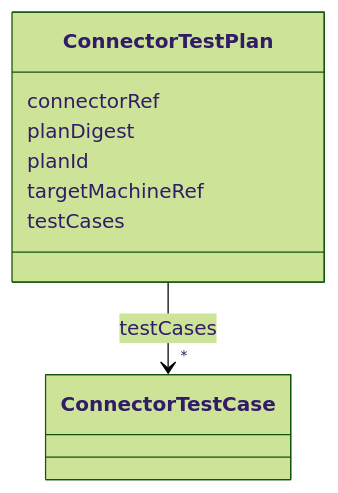
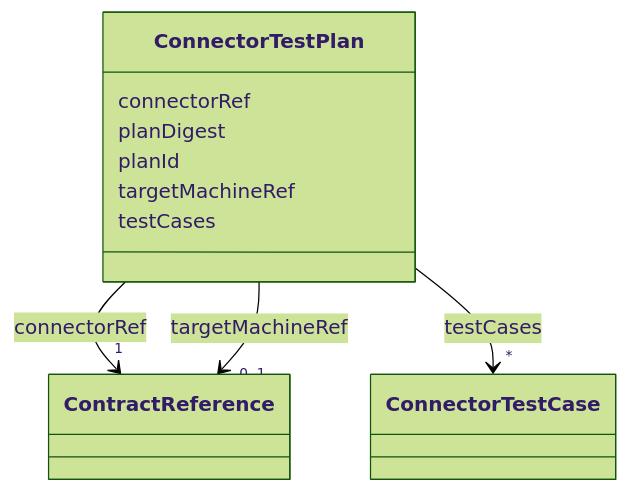
Before and after one commit to open4good/jumo-core: the diagram in metamodel/generated/docs/ConnectorTestPlan.md, drawn with Mermaid (forest theme). The commit also changed other lines of this file and 33 other files, not shown here.

````diff
--- a/metamodel/generated/docs/ConnectorTestPlan.md
+++ b/metamodel/generated/docs/ConnectorTestPlan.md
@@ -23,25 +23,43 @@
 ```mermaid
  classDiagram
     class ConnectorTestPlan
     click ConnectorTestPlan href "../ConnectorTestPlan/"
       ConnectorTestPlan : connectorRef
 
+
+
+
+
+        ConnectorTestPlan --> "1" ContractReference : connectorRef
+        click ContractReference href "../ContractReference/"
+
+
+
       ConnectorTestPlan : planDigest
 
       ConnectorTestPlan : planId
 
       ConnectorTestPlan : targetMachineRef
+
+
+
+
+
+        ConnectorTestPlan --> "0..1" ContractReference : targetMachineRef
+        click ContractReference href "../ContractReference/"
+
+
 
       ConnectorTestPlan : testCases
 
 
 
 
 
         ConnectorTestPlan --> "*" ConnectorTestCase : testCases
         click ConnectorTestCase href "../ConnectorTestCase/"
 
 
 
 
 ```
````
